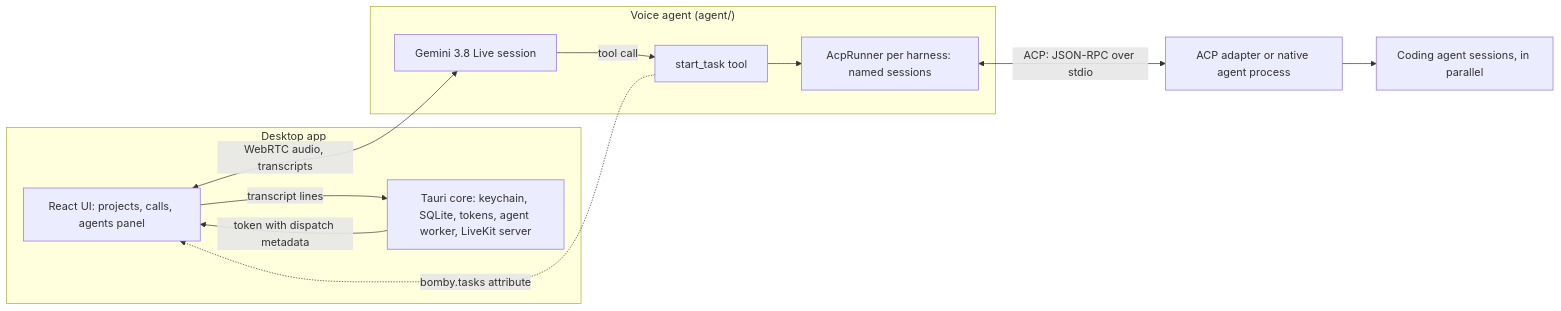
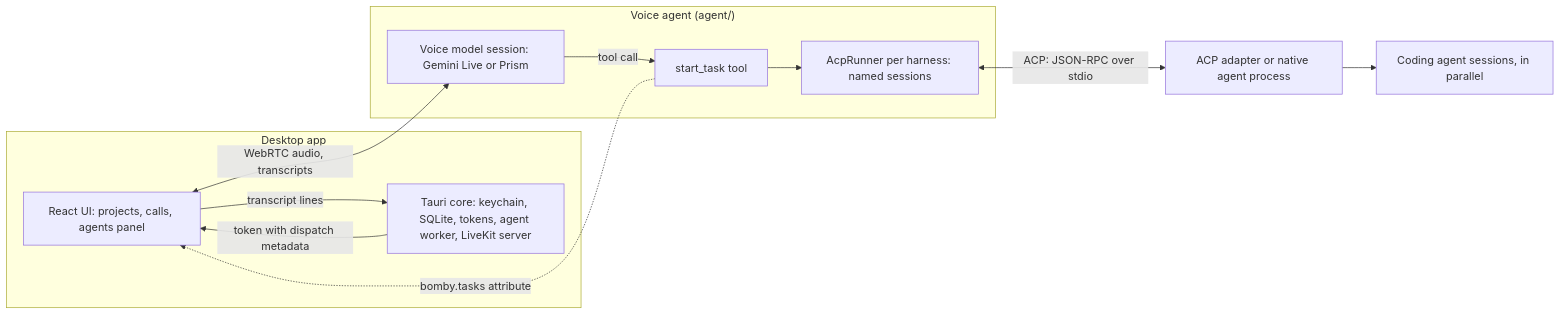
The diagram in docs/architecture.md (bomby-app/bomby), drawn with Mermaid before and after one commit. The commit also changed other lines of this file and 15 other files, not shown here.

Commit message:
Docs and copy: Bomby talks through Gemini Live or Rime's Prism, in the product description, the README (what you need: a Gemini or Rime key, LiveKit on the Mac by default), the stack, the architecture and the console's .env.example

````diff
--- a/docs/architecture.md
+++ b/docs/architecture.md
@@ -16,23 +16,23 @@
 ```mermaid
 flowchart LR
   subgraph App["Desktop app"]
     UI["React UI: projects, calls, agents panel"]
     Core["Tauri core: keychain, SQLite, tokens, agent worker, LiveKit server"]
   end
   subgraph Agent["Voice agent (agent/)"]
-    Gemini["Gemini 3.8 Live session"]
+    Gemini["Voice model session: Gemini Live or Prism"]
     Tool["start_task tool"]
     Runner["AcpRunner per harness: named sessions"]
   end
   ACP["ACP adapter or native agent process"]
   Coding["Coding agent sessions, in parallel"]
 
   Core -- "token with dispatch metadata" --> UI
   UI -- "transcript lines" --> Core
   UI <-- "WebRTC audio, transcripts" --> Gemini
   Gemini -- "tool call" --> Tool
   Tool --> Runner
   Runner <-- "ACP: JSON-RPC over stdio" --> ACP
   ACP --> Coding
   Tool -. "bomby.tasks attribute" .-> UI
 ```
````
